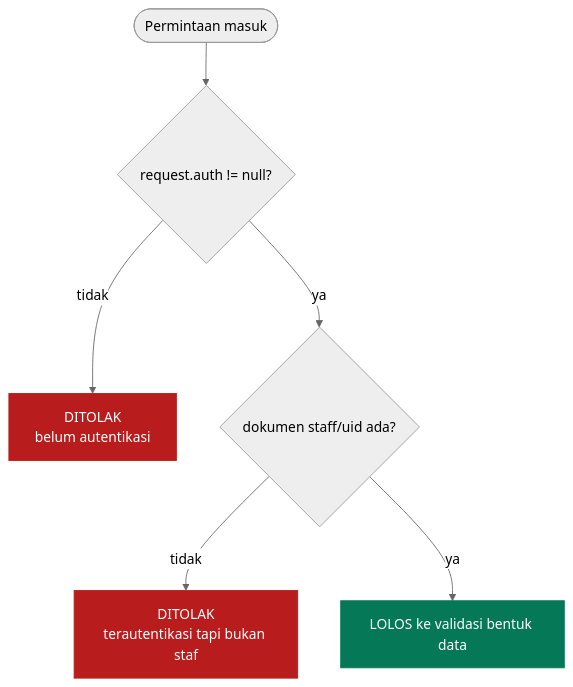
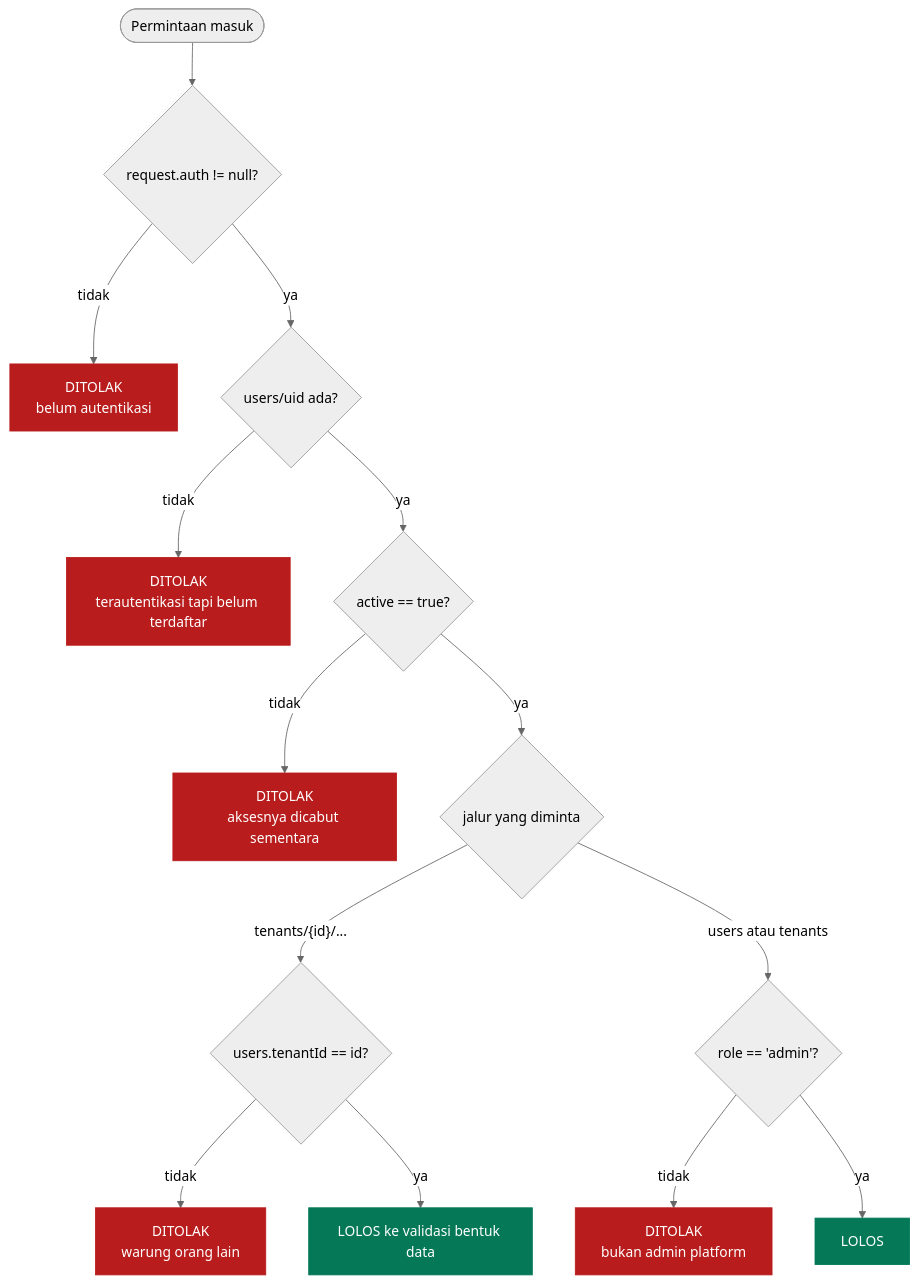
One commit to nadhimc/simple-pos-kkn-agung changed the third of 5 diagrams in docs/keamanan.md. Above: the diagram before and after it, drawn with Mermaid (neutral theme). The commit also changed other lines of this file and 10 other files, not shown here.

````diff
--- a/docs/keamanan.md
+++ b/docs/keamanan.md
@@ -105,13 +119,23 @@
 ```mermaid
 flowchart TD
   R(["Permintaan masuk"]) --> A{"request.auth != null?"}
   A -->|"tidak"| D1["DITOLAK<br/>belum autentikasi"]
-  A -->|"ya"| B{"dokumen staff/uid ada?"}
-  B -->|"tidak"| D2["DITOLAK<br/>terautentikasi tapi bukan staf"]
-  B -->|"ya"| C["LOLOS ke validasi bentuk data"]
+  A -->|"ya"| B{"users/uid ada?"}
+  B -->|"tidak"| D2["DITOLAK<br/>terautentikasi tapi belum terdaftar"]
+  B -->|"ya"| C{"active == true?"}
+  C -->|"tidak"| D3["DITOLAK<br/>aksesnya dicabut sementara"]
+  C -->|"ya"| E{"jalur yang diminta"}
+
+  E -->|"tenants/{id}/..."| F{"users.tenantId == id?"}
+  F -->|"tidak"| D4["DITOLAK<br/>warung orang lain"]
+  F -->|"ya"| OK1["LOLOS ke validasi bentuk data"]
+
+  E -->|"users atau tenants"| G{"role == 'admin'?"}
+  G -->|"tidak"| D5["DITOLAK<br/>bukan admin platform"]
+  G -->|"ya"| OK2["LOLOS"]
 
   classDef no fill:#b91c1c,stroke:#b91c1c,color:#ffffff
   classDef ok fill:#047857,stroke:#047857,color:#ffffff
-  class D1,D2 no
-  class C ok
+  class D1,D2,D3,D4,D5 no
+  class OK1,OK2 ok
 ```
````
